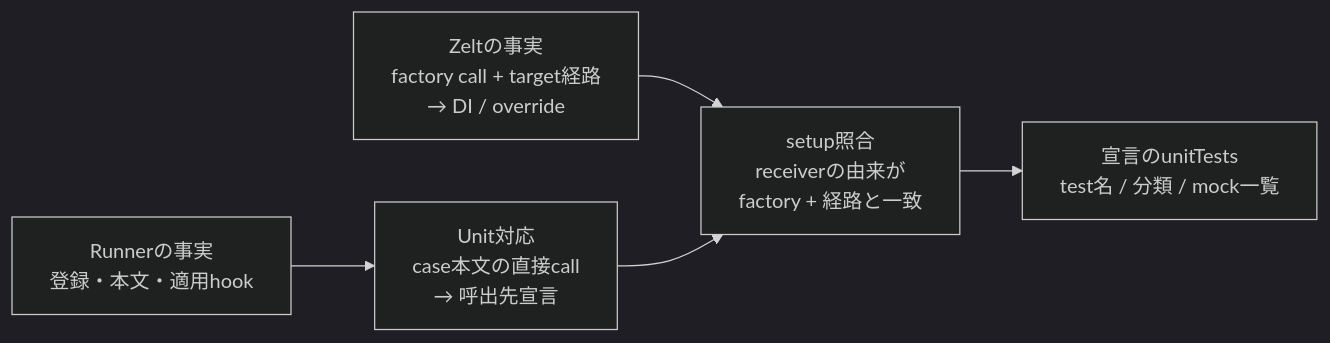
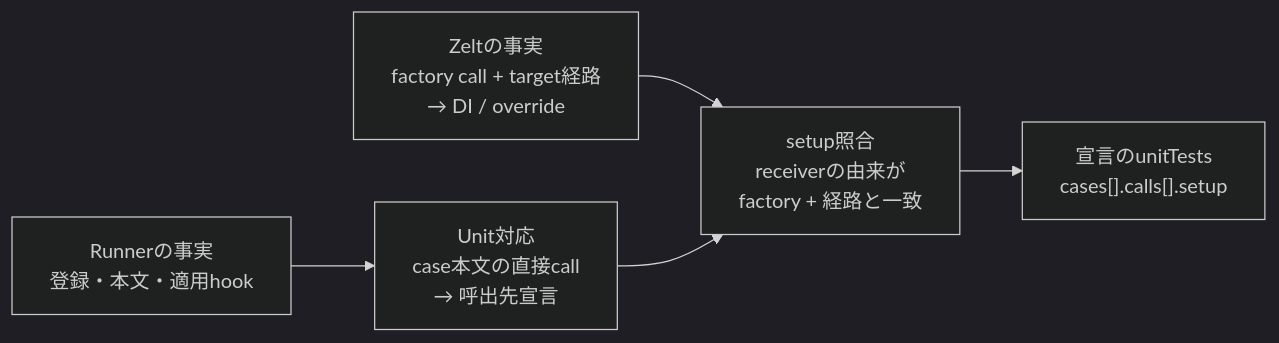
The ninth of 13 diagrams in mocks/studio-spatial/generic-extraction-design.md (zeltjs/zelt), drawn with Mermaid (dark theme) before and after one commit. The commit also changed other lines of this file, not shown here.

```diff
--- a/mocks/studio-spatial/generic-extraction-design.md
+++ b/mocks/studio-spatial/generic-extraction-design.md
@@ -487,7 +746,7 @@
 ~~~mermaid
 flowchart LR
   R["Runnerの事実<br/>登録・本文・適用hook"] --> U["Unit対応<br/>case本文の直接call<br/>→ 呼出先宣言"]
   Z["Zeltの事実<br/>factory call + target経路<br/>→ DI / override"] --> S["setup照合<br/>receiverの由来が<br/>factory + 経路と一致"]
   U --> S
-  S --> V["宣言のunitTests<br/>test名 / 分類 / mock一覧"]
+  S --> V["宣言のunitTests<br/>cases[].calls[].setup"]
 ~~~
```
